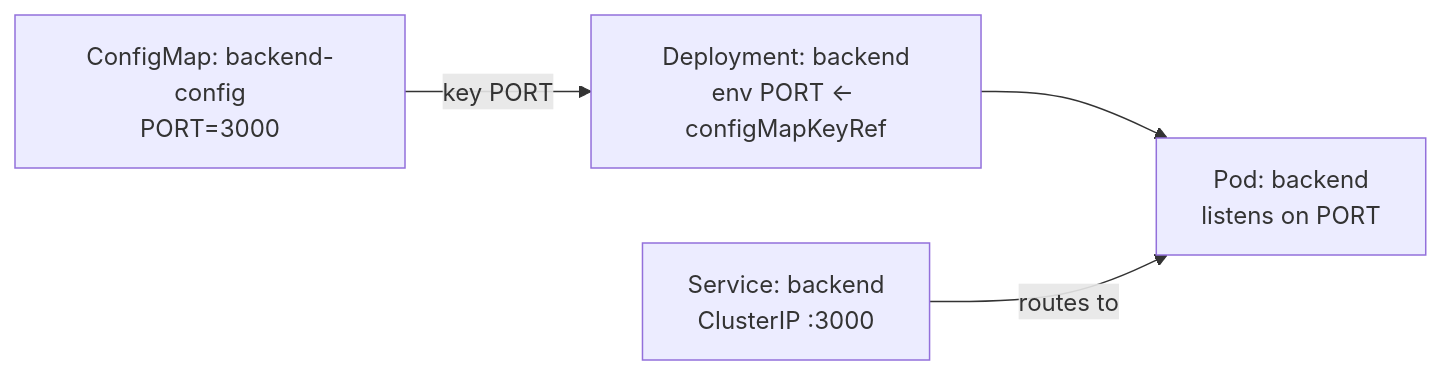
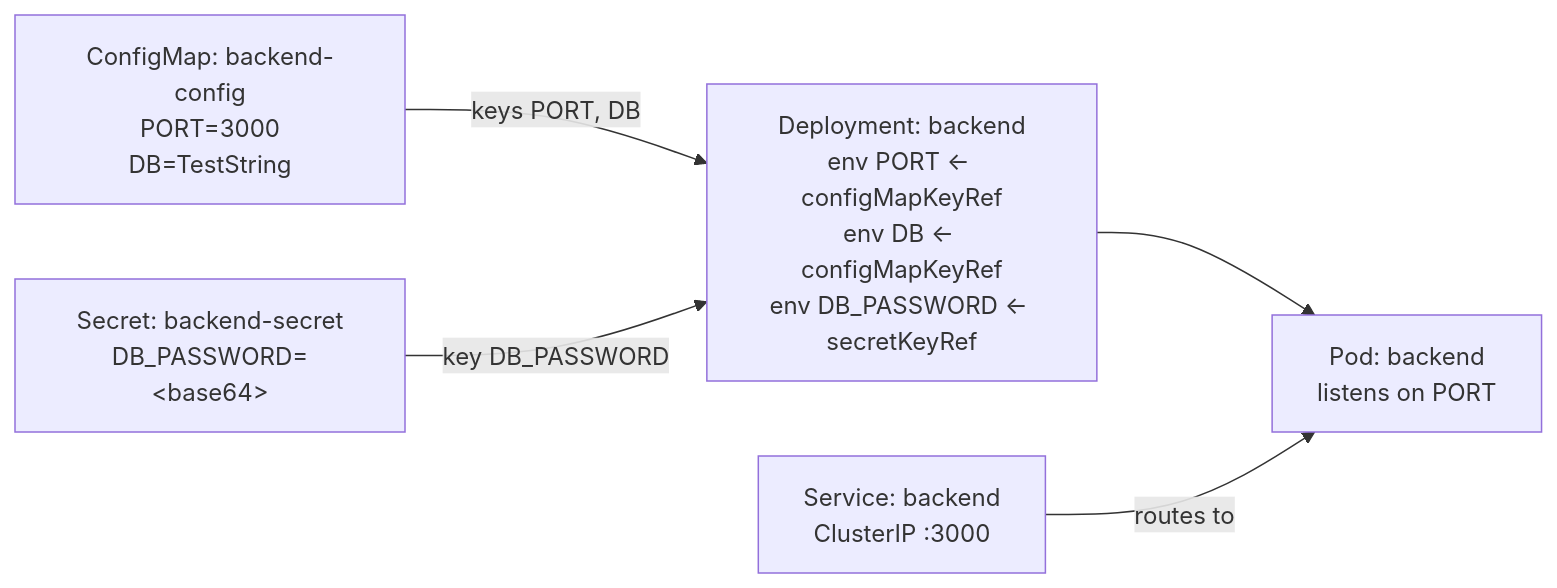
Before and after one commit to 24thAbhinav/K8s: the diagram in basics/configmap-secret-port/README.md, drawn with Mermaid. The commit also changed other lines of this file and 3 other files, not shown here.

Commit message:
feat: add Secret example and import DB_PASSWORD via secretKeyRef

````diff
--- a/basics/configmap-secret-port/README.md
+++ b/basics/configmap-secret-port/README.md
@@ -5,10 +5,12 @@
 ```mermaid
 flowchart LR
-  CM["ConfigMap: backend-config<br/>PORT=3000"]
-  D["Deployment: backend<br/>env PORT ← configMapKeyRef"]
+  CM["ConfigMap: backend-config<br/>PORT=3000<br/>DB=TestString"]
+  SEC["Secret: backend-secret<br/>DB_PASSWORD=&lt;base64&gt;"]
+  D["Deployment: backend<br/>env PORT ← configMapKeyRef<br/>env DB ← configMapKeyRef<br/>env DB_PASSWORD ← secretKeyRef"]
   P["Pod: backend<br/>listens on PORT"]
   S["Service: backend<br/>ClusterIP :3000"]
-  CM -->|"key PORT"| D
+  CM -->|"keys PORT, DB"| D
+  SEC -->|"key DB_PASSWORD"| D
   D --> P
   S -->|"routes to"| P
 ```
````
